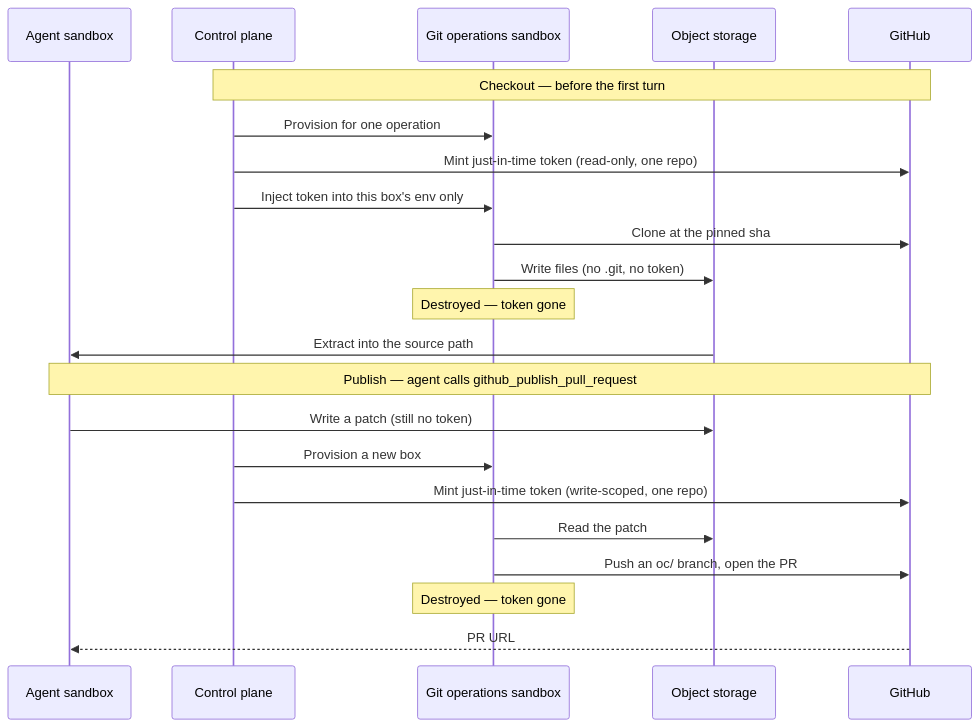
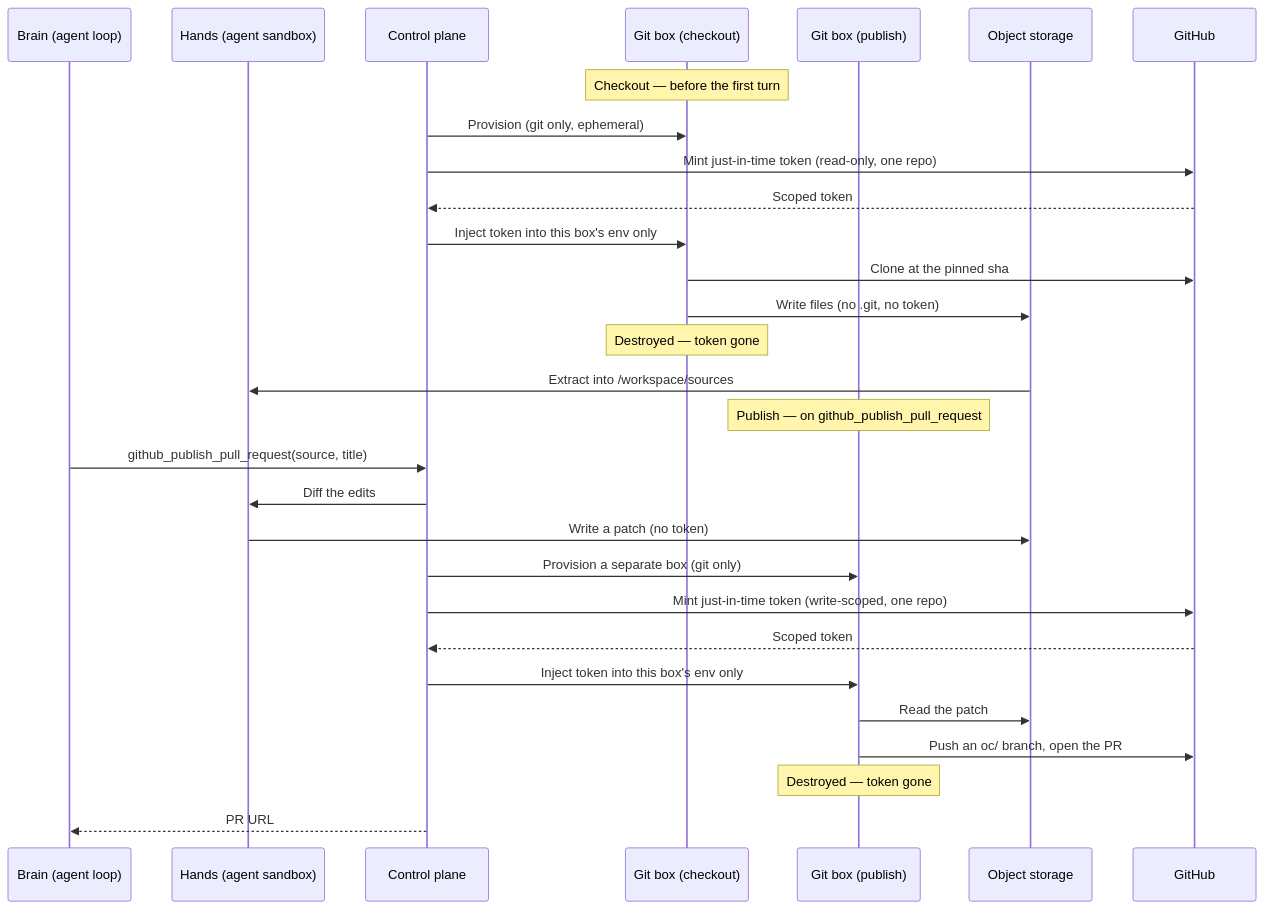
One commit to diggerhq/opencomputer changed the diagram in docs/agent-sessions/repos.mdx. Above: the diagram before and after it, drawn with Mermaid. The commit also changed other lines of this file, not shown here.

Commit message:
docs(repos): clearer flow diagram — two boxes, brain/hands, fix labels
Address review of the sequence diagram:
- Split the ephemeral Git box into two participants (checkout vs publish) so
  it's clear each operation gets its own box.
- Name the agent side as it really is: brain (agent loop) + hands sandbox.
- Drop the wide notes spanning unrelated actors; phase labels now sit on the
  box that performs the operation (the git box does the checkout/publish, not
  the control plane — the old label on the CP lifeline misread as "CP checks
  out").
- Show return arrows (scoped token, PR URL) so it reads as request/response,
  not one-directional.

````diff
--- a/docs/agent-sessions/repos.mdx
+++ b/docs/agent-sessions/repos.mdx
@@ -45,26 +46,33 @@
 ```mermaid
 sequenceDiagram
-    participant Agent as Agent sandbox
+    participant Brain as Brain (agent loop)
+    participant Hands as Hands (agent sandbox)
     participant CP as Control plane
-    participant Git as Git operations sandbox
+    participant GitR as Git box (checkout)
+    participant GitW as Git box (publish)
     participant Store as Object storage
     participant GH as GitHub
 
-    Note over CP,GH: Checkout — before the first turn
-    CP->>Git: Provision for one operation
+    Note over GitR: Checkout — before the first turn
+    CP->>GitR: Provision (git only, ephemeral)
     CP->>GH: Mint just-in-time token (read-only, one repo)
-    CP->>Git: Inject token into this box's env only
-    Git->>GH: Clone at the pinned sha
-    Git->>Store: Write files (no .git, no token)
-    Note over Git: Destroyed — token gone
-    Store->>Agent: Extract into the source path
+    GH-->>CP: Scoped token
+    CP->>GitR: Inject token into this box's env only
+    GitR->>GH: Clone at the pinned sha
+    GitR->>Store: Write files (no .git, no token)
+    Note over GitR: Destroyed — token gone
+    Store->>Hands: Extract into /workspace/sources
 
-    Note over Agent,GH: Publish — agent calls github_publish_pull_request
-    Agent->>Store: Write a patch (still no token)
-    CP->>Git: Provision a new box
+    Note over GitW: Publish — on github_publish_pull_request
+    Brain->>CP: github_publish_pull_request(source, title)
+    CP->>Hands: Diff the edits
+    Hands->>Store: Write a patch (no token)
+    CP->>GitW: Provision a separate box (git only)
     CP->>GH: Mint just-in-time token (write-scoped, one repo)
-    Git->>Store: Read the patch
-    Git->>GH: Push an oc/ branch, open the PR
-    Note over Git: Destroyed — token gone
-    GH-->>Agent: PR URL
+    GH-->>CP: Scoped token
+    CP->>GitW: Inject token into this box's env only
+    GitW->>Store: Read the patch
+    GitW->>GH: Push an oc/ branch, open the PR
+    Note over GitW: Destroyed — token gone
+    CP-->>Brain: PR URL
 ```
````
